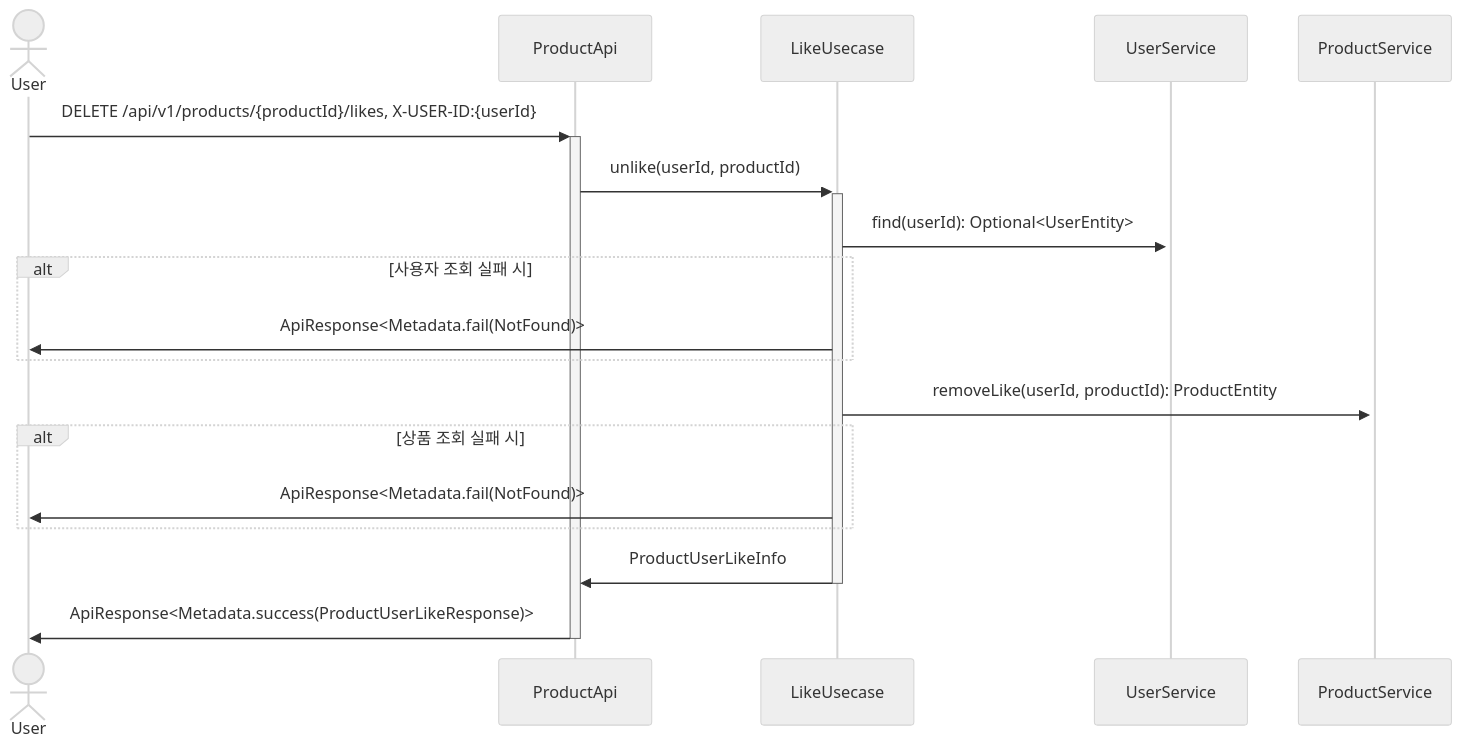
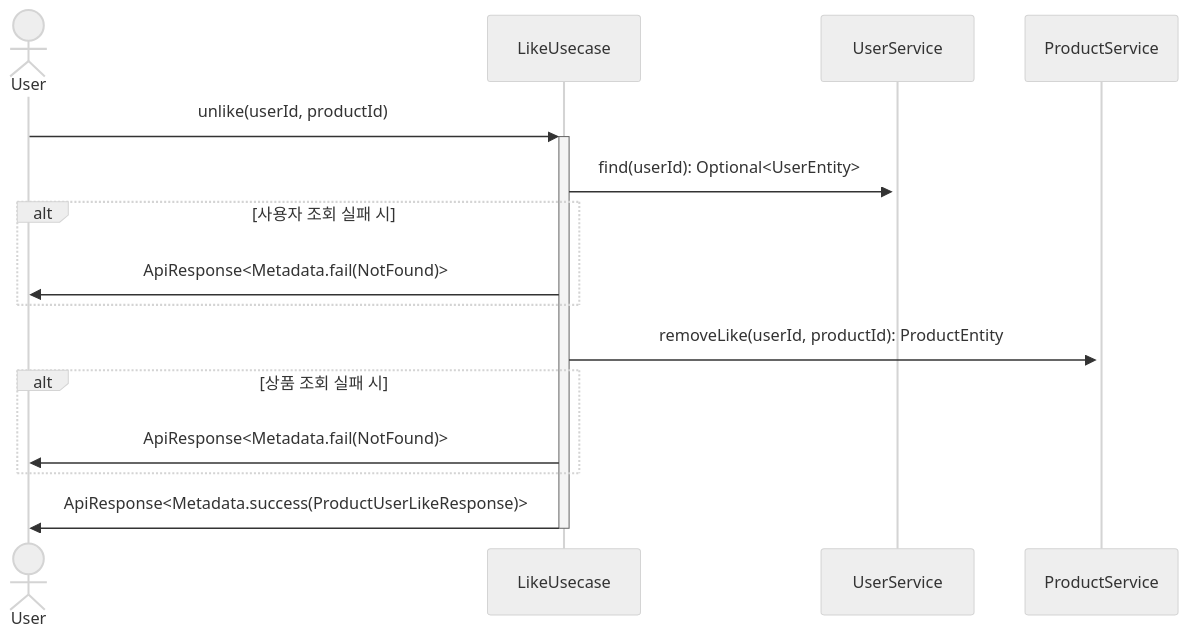
The fifth of 10 diagrams in docs/design/02-sequence-diagrams.md (Iol-lshh/loopers_be_practice_byjava), drawn with Mermaid (neutral theme) before and after one commit. The commit also changed other lines of this file and 28 other files, not shown here.

````diff
--- a/docs/design/02-sequence-diagrams.md
+++ b/docs/design/02-sequence-diagrams.md
@@ -96,16 +87,14 @@
 ```mermaid
 sequenceDiagram
     actor User
-    User->>+ProductApi: DELETE /api/v1/products/{productId}/likes, X-USER-ID:{userId}
-    ProductApi->>+LikeUsecase: unlike(userId, productId)
+    User->>+LikeUsecase: unlike(userId, productId)
     LikeUsecase->>+UserService: find(userId): Optional<UserEntity>
     alt 사용자 조회 실패 시
         LikeUsecase->>User: ApiResponse<Metadata.fail(NotFound)>
     end
     LikeUsecase->>+ProductService: removeLike(userId, productId): ProductEntity
     alt 상품 조회 실패 시
         LikeUsecase->>User: ApiResponse<Metadata.fail(NotFound)>
     end
-    LikeUsecase->>-ProductApi: ProductUserLikeInfo
-    ProductApi->>-User: ApiResponse<Metadata.success(ProductUserLikeResponse)>
+    LikeUsecase->>-User: ApiResponse<Metadata.success(ProductUserLikeResponse)>
 ```
````
